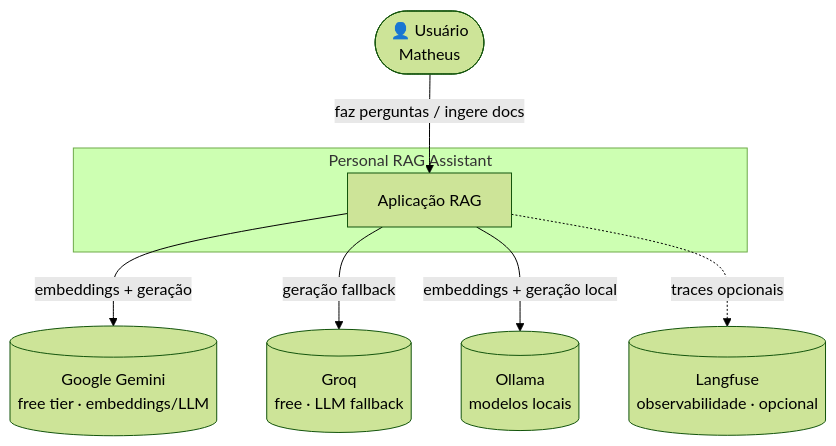
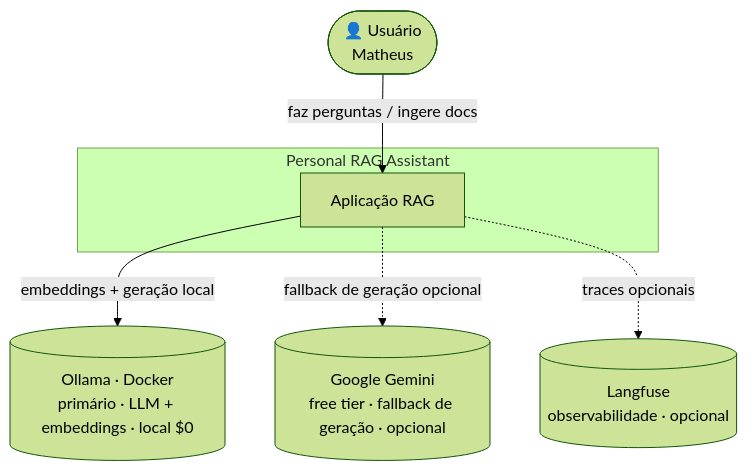
The first of 11 diagrams in docs/DIAGRAMS.md (mathfrancisco/Personal-RAG-Assistant), drawn with Mermaid (forest theme) before and after one commit. The commit also changed other lines of this file and 26 other files, not shown here.

First line of the commit message:
feat(phase-0): scaffold + local-first strategy (Ollama primary, Gemini fallback)

````diff
--- a/docs/DIAGRAMS.md
+++ b/docs/DIAGRAMS.md
@@ -11,19 +11,17 @@
 ```mermaid
 flowchart TB
     user([👤 Usuário<br/>Matheus])
 
     subgraph sys[Personal RAG Assistant]
         app[Aplicação RAG]
     end
 
-    gemini[(Google Gemini<br/>free tier · embeddings/LLM)]
-    groq[(Groq<br/>free · LLM fallback)]
-    ollama[(Ollama<br/>modelos locais)]
+    ollama[(Ollama · Docker<br/>primário · LLM + embeddings · local $0)]
+    gemini[(Google Gemini<br/>free tier · fallback de geração · opcional)]
     langfuse[(Langfuse<br/>observabilidade · opcional)]
 
     user -->|faz perguntas / ingere docs| app
-    app -->|embeddings + geração| gemini
-    app -->|geração fallback| groq
     app -->|embeddings + geração local| ollama
+    app -.->|fallback de geração opcional| gemini
     app -.->|traces opcionais| langfuse
 ```
````
